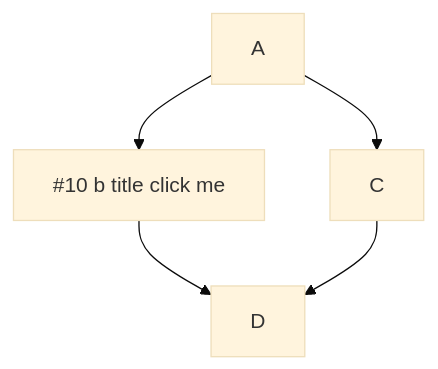
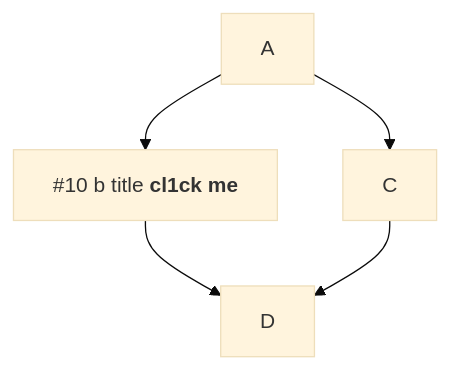
The first of 5 diagrams in README-template.md (sdzialowski-godaddy/mermaid), drawn with Mermaid (base theme) before and after one commit. The commit also changed 1 other file, not shown here.

Commit message:
clikc me

````diff
--- a/README-template.md
+++ b/README-template.md
@@ -27,7 +27,7 @@
 ```mermaid
   graph TD;
-      A-->B[#10 b title click me];
+      A-->B[#10 b title <b>cl1ck me</b>];
       A-->C;
       B-->D;
       C-->D;
 ```
````
